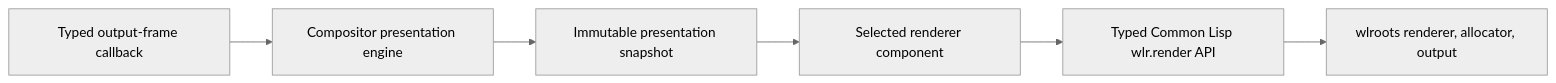
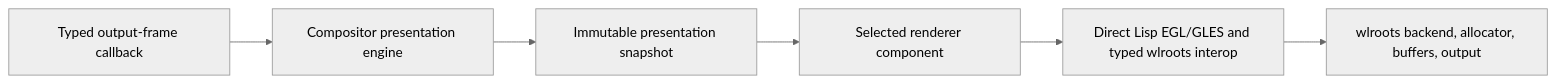
One commit to SeungheonOh/ataxia changed the fourth of 7 diagrams in docs/WLROOTS-COMPOSITOR-INTERFACE.md. Above: the diagram before and after it, drawn with Mermaid (neutral theme). The commit also changed other lines of this file and 2 other files, not shown here.

Commit message:
docs: select direct GLES renderer target

````diff
--- a/docs/WLROOTS-COMPOSITOR-INTERFACE.md
+++ b/docs/WLROOTS-COMPOSITOR-INTERFACE.md
@@ -829,15 +834,15 @@
 ```mermaid
 flowchart LR
     FRAME[Typed output-frame callback]
     COORD[Compositor presentation engine]
     SNAP[Immutable presentation snapshot]
     RENDER[Selected renderer component]
-    WLRAPI[Typed Common Lisp wlr.render API]
-    WLR[wlroots renderer, allocator, output]
+    WLRAPI[Direct Lisp EGL/GLES and typed wlroots interop]
+    WLR[wlroots backend, allocator, buffers, output]
 
     FRAME --> COORD
     COORD --> SNAP
     SNAP --> RENDER
     RENDER --> WLRAPI
     WLRAPI --> WLR
 ```
````
